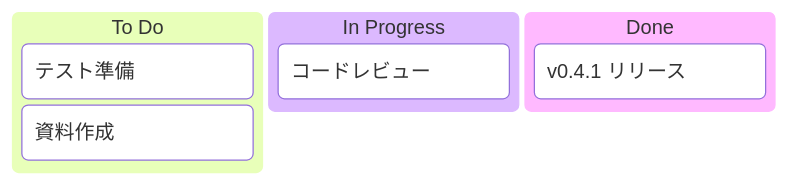
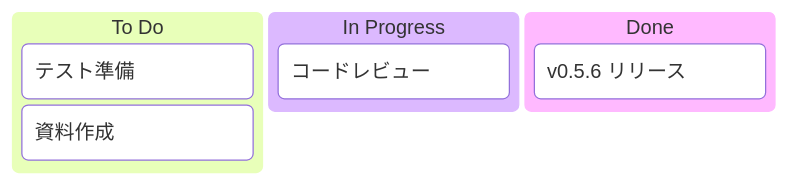
Before and after one commit to kaeru758/md-visual-editor: diagram 20 of 22 in test-all-features.md, drawn with Mermaid. The commit also changed other lines of this file and 13 other files, not shown here.

````diff
--- a/test-all-features.md
+++ b/test-all-features.md
@@ -500,10 +602,10 @@
 ```mermaid
 kanban
     todo[To Do]
         task1[テスト準備]
         task2[資料作成]
     inprogress[In Progress]
         task3[コードレビュー]
     done[Done]
-        task4[v0.4.1 リリース]
+        task4[v0.5.6 リリース]
 ```
````
